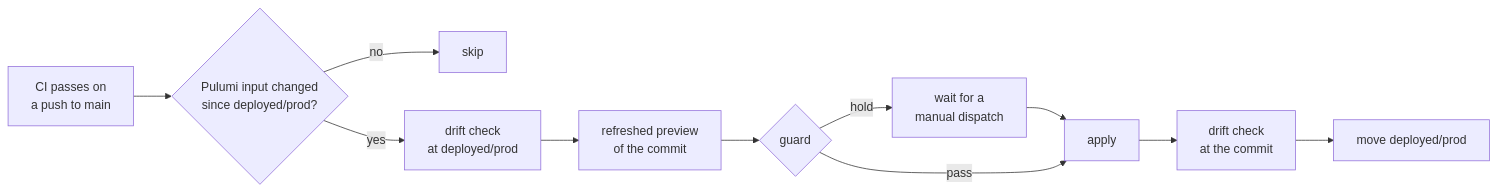
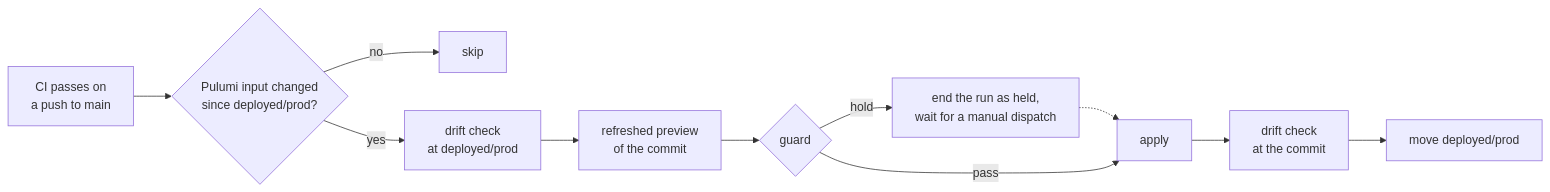
The diagram in docs/architecture/infrastructure-as-code.md (zgeoff/cloud), drawn with Mermaid before and after one commit. The commit also changed other lines of this file and 17 other files, not shown here.

First line of the commit message:
ci(geo-1067): run prod deploys in one concurrency group and end a hold as held

````diff
--- a/docs/architecture/infrastructure-as-code.md
+++ b/docs/architecture/infrastructure-as-code.md
@@ -85,13 +85,13 @@
 ```mermaid
 flowchart LR
   CI["CI passes on<br>a push to main"] --> F{"Pulumi input changed<br>since deployed/prod?"}
   F -->|no| SK["skip"]
   F -->|yes| D1["drift check<br>at deployed/prod"]
   D1 --> P["refreshed preview<br>of the commit"]
   P --> G{"guard"}
-  G -->|hold| H["wait for a<br>manual dispatch"]
-  H --> U
+  G -->|hold| H["end the run as held,<br>wait for a manual dispatch"]
+  H -.-> U
   G -->|pass| U["apply"]
   U --> D2["drift check<br>at the commit"]
   D2 --> T["move deployed/prod"]
 ```
````
